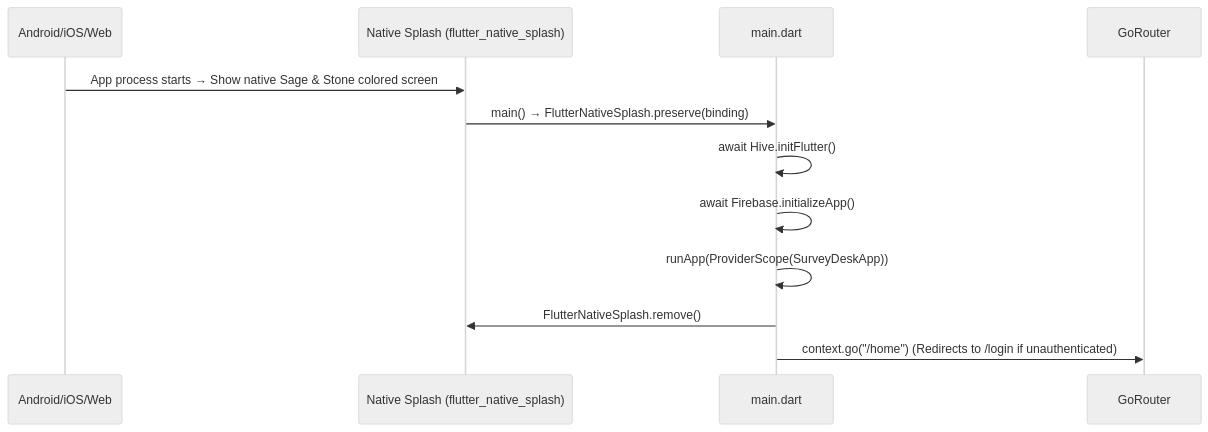
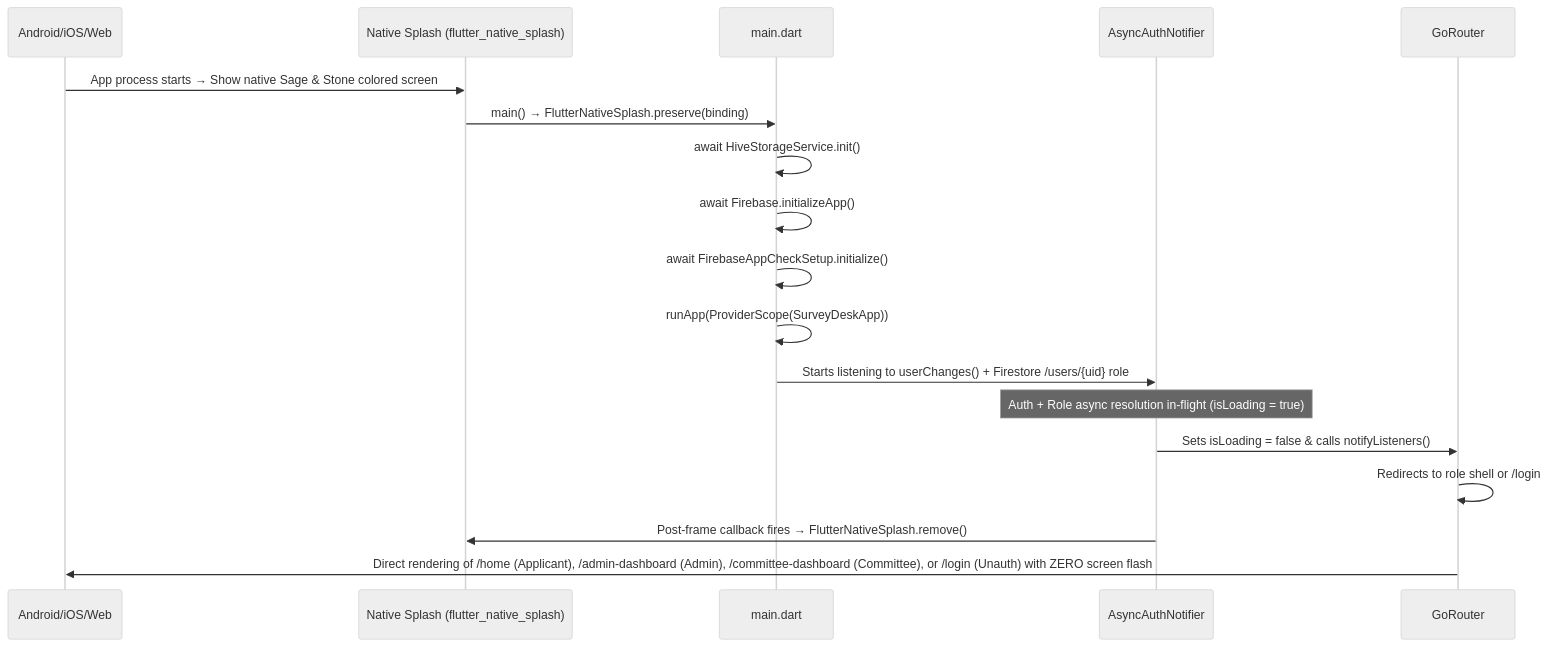
The first of 2 diagrams in brain/modules_frontend.md (coe-sensrs/survey_booking_flutter), drawn with Mermaid (neutral theme) before and after one commit. The commit also changed other lines of this file and 34 other files, not shown here.

````diff
--- a/brain/modules_frontend.md
+++ b/brain/modules_frontend.md
@@ -11,15 +11,21 @@
 ```mermaid
 sequenceDiagram
     participant OS as Android/iOS/Web
     participant NS as Native Splash (flutter_native_splash)
     participant Main as main.dart
+    participant Notifier as AsyncAuthNotifier
     participant GR as GoRouter
 
     OS->>NS: App process starts → Show native Sage & Stone colored screen
     NS->>Main: main() → FlutterNativeSplash.preserve(binding)
-    Main->>Main: await Hive.initFlutter()
+    Main->>Main: await HiveStorageService.init()
     Main->>Main: await Firebase.initializeApp()
+    Main->>Main: await FirebaseAppCheckSetup.initialize()
     Main->>Main: runApp(ProviderScope(SurveyDeskApp))
-    Main->>NS: FlutterNativeSplash.remove()
-    Main->>GR: context.go("/home") (Redirects to /login if unauthenticated)
+    Main->>Notifier: Starts listening to userChanges() + Firestore /users/{uid} role
+    Note over Notifier: Auth + Role async resolution in-flight (isLoading = true)
+    Notifier->>GR: Sets isLoading = false & calls notifyListeners()
+    GR->>GR: Redirects to role shell or /login
+    Notifier->>NS: Post-frame callback fires → FlutterNativeSplash.remove()
+    GR->>OS: Direct rendering of /home (Applicant), /admin-dashboard (Admin), /committee-dashboard (Committee), or /login (Unauth) with ZERO screen flash
 ```
````
